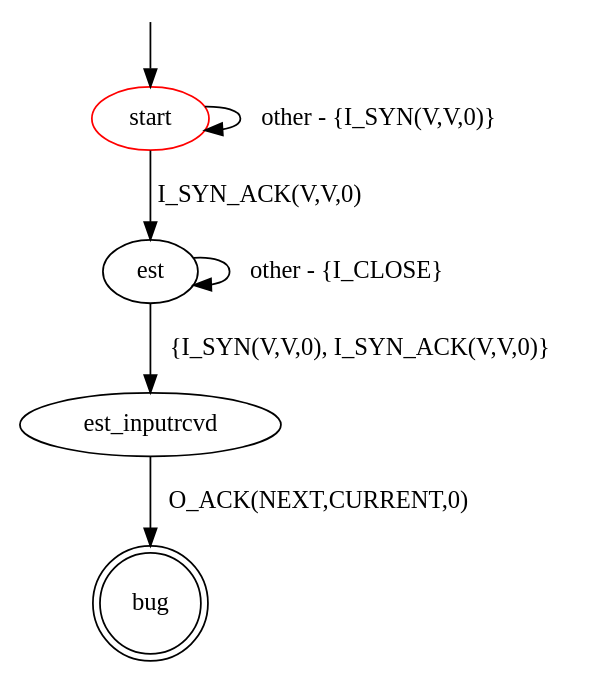
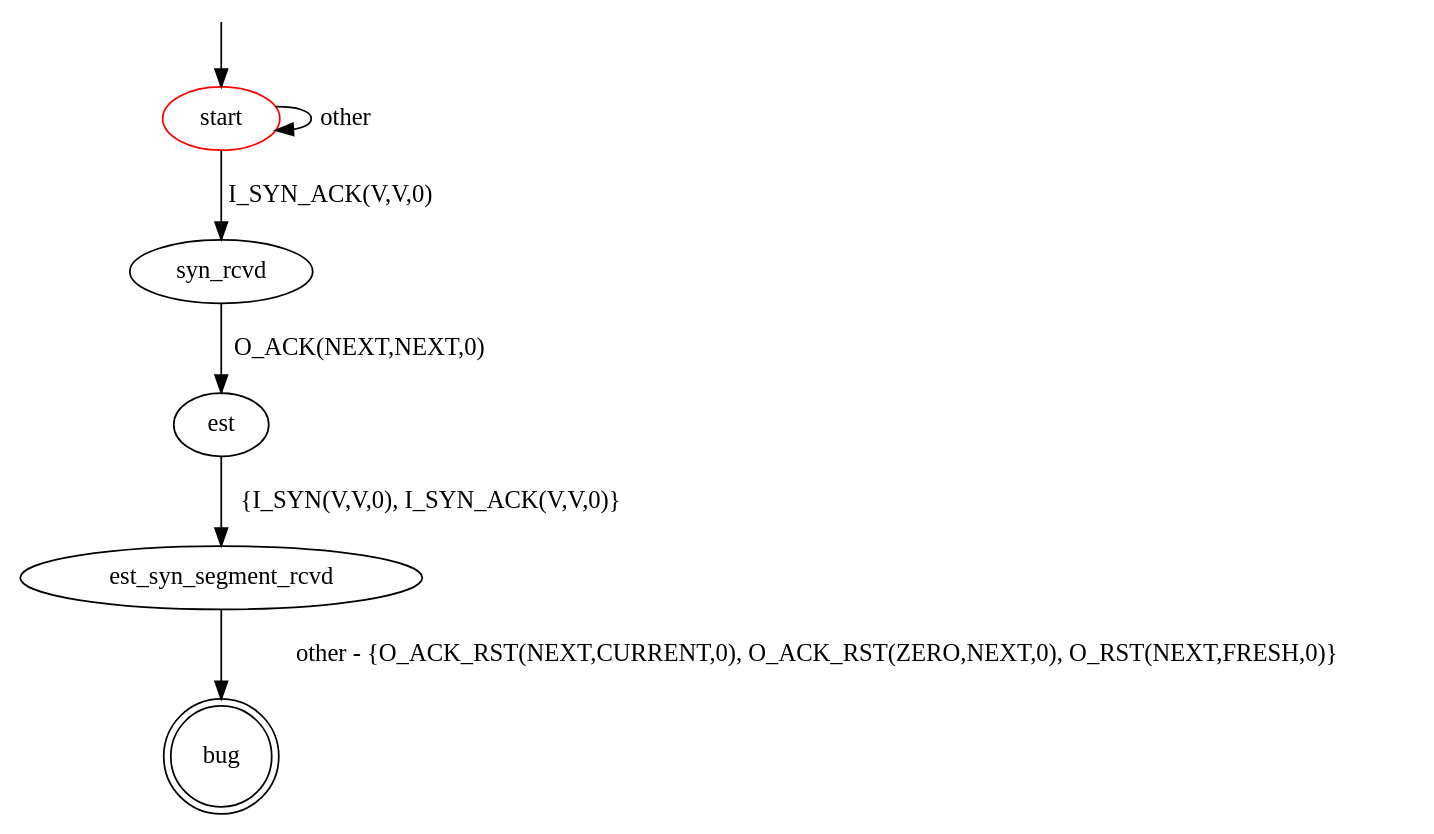
The diagram in src/main/resources/patterns/tcp/client/invalid_response_to_syn_segment_established.dot (assist-project/state-machine-bug-finder), drawn with Graphviz before and after one commit. The commit also changed 4 other files, not shown here.

Commit message:
Fix bug patterns regarding receiving SYN segment. Adjust test case.

```diff
--- a/src/main/resources/patterns/tcp/client/invalid_response_to_syn_segment_established.dot
+++ b/src/main/resources/patterns/tcp/client/invalid_response_to_syn_segment_established.dot
@@ -1,14 +1,18 @@
 digraph G {
 label=""
 start [color="red"]
 bug [shape="doublecircle"]
 
-start -> start [label="other - {I_SYN(V,V,0)}"]
-start -> est [label="I_SYN_ACK(V,V,0)"]
-est -> est [label="other - {I_CLOSE}"]
-est -> est_inputrcvd [label="{I_SYN(V,V,0), I_SYN_ACK(V,V,0)}"]
-est_inputrcvd -> bug [label="O_ACK(NEXT,CURRENT,0)"]
+start -> start [label="other"]
+start -> syn_rcvd [label="I_SYN_ACK(V,V,0)"]
+
+syn_rcvd -> est [label = "O_ACK(NEXT,NEXT,0)"]
+
+est -> est_syn_segment_rcvd [label="{I_SYN(V,V,0), I_SYN_ACK(V,V,0)}"]
+
+// could be improved so that it also captures exchanges after which the SUT remains in state ESTABLISHED
+est_syn_segment_rcvd -> bug [label="other - {O_ACK_RST(NEXT,CURRENT,0), O_ACK_RST(ZERO,NEXT,0), O_RST(NEXT,FRESH,0)}"]
 
 __start0 [label="" shape="none" width="0" height="0"];
 __start0 -> start;
 }
```
